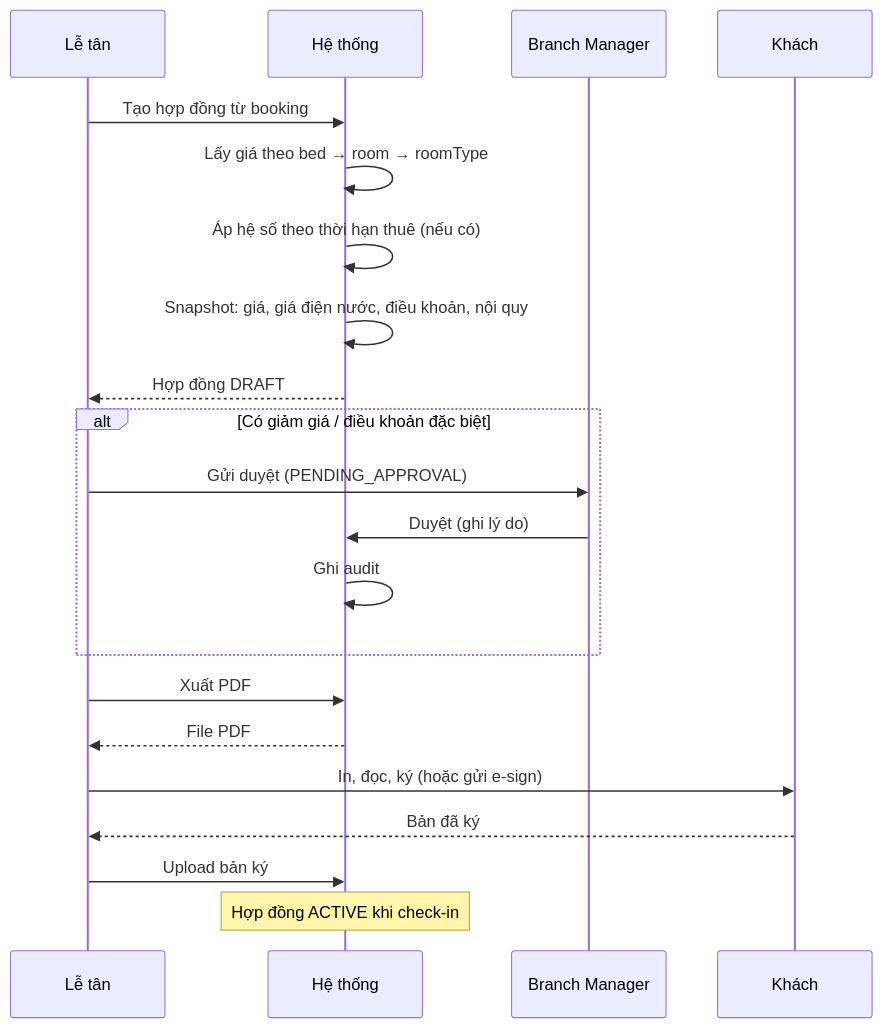
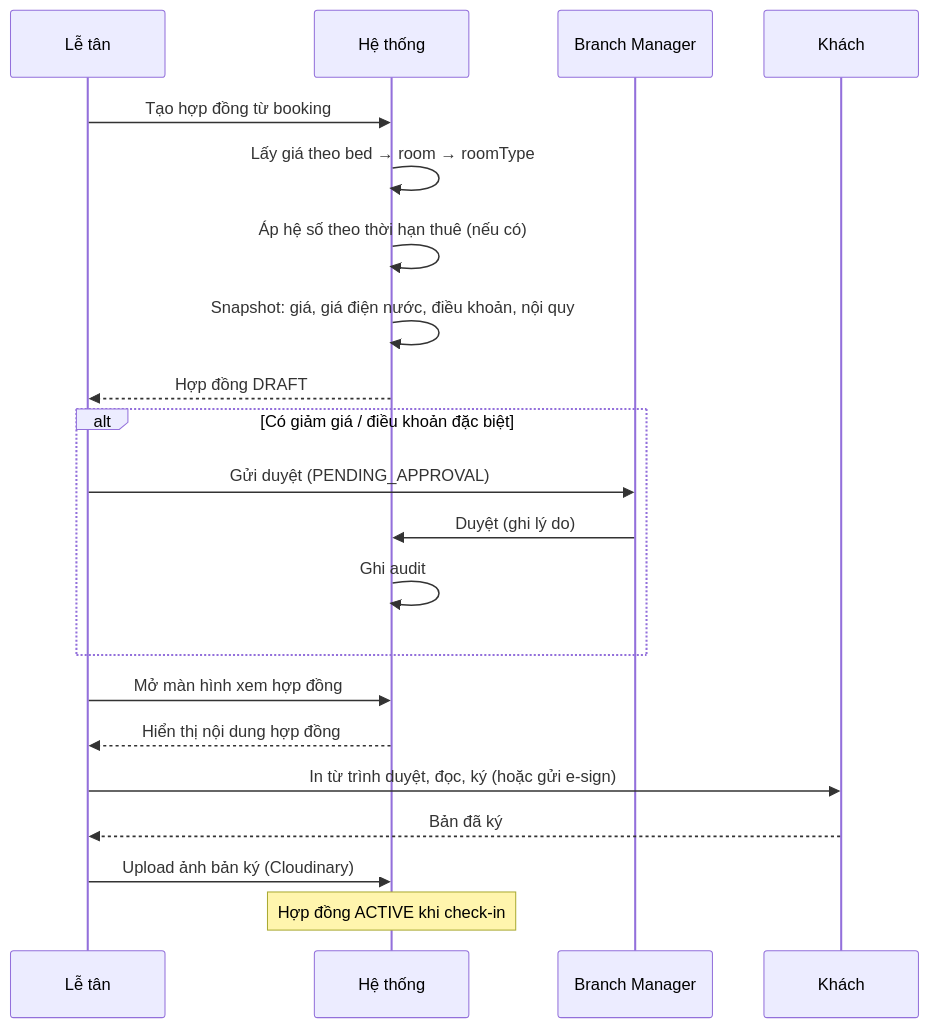
The diagram in docs/08-module-contracts.md (danglh5902/ktx-cali), drawn with Mermaid before and after one commit. The commit also changed other lines of this file and 60 other files, not shown here.

````diff
--- a/docs/08-module-contracts.md
+++ b/docs/08-module-contracts.md
@@ -110,26 +110,26 @@
 ```mermaid
 sequenceDiagram
     participant LT as Lễ tân
     participant HT as Hệ thống
     participant QL as Branch Manager
     participant KH as Khách
 
     LT->>HT: Tạo hợp đồng từ booking
     HT->>HT: Lấy giá theo bed → room → roomType
     HT->>HT: Áp hệ số theo thời hạn thuê (nếu có)
     HT->>HT: Snapshot: giá, giá điện nước, điều khoản, nội quy
     HT-->>LT: Hợp đồng DRAFT
 
     alt Có giảm giá / điều khoản đặc biệt
         LT->>QL: Gửi duyệt (PENDING_APPROVAL)
         QL->>HT: Duyệt (ghi lý do)
         HT->>HT: Ghi audit
     end
 
-    LT->>HT: Xuất PDF
-    HT-->>LT: File PDF
-    LT->>KH: In, đọc, ký (hoặc gửi e-sign)
+    LT->>HT: Mở màn hình xem hợp đồng
+    HT-->>LT: Hiển thị nội dung hợp đồng
+    LT->>KH: In từ trình duyệt, đọc, ký (hoặc gửi e-sign)
     KH-->>LT: Bản đã ký
-    LT->>HT: Upload bản ký
+    LT->>HT: Upload ảnh bản ký (Cloudinary)
     Note over HT: Hợp đồng ACTIVE khi check-in
 ```
````
